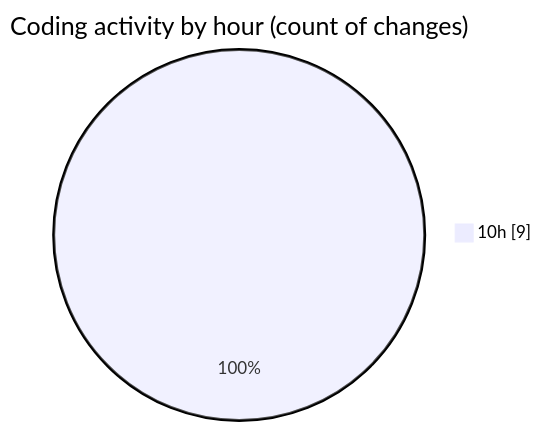
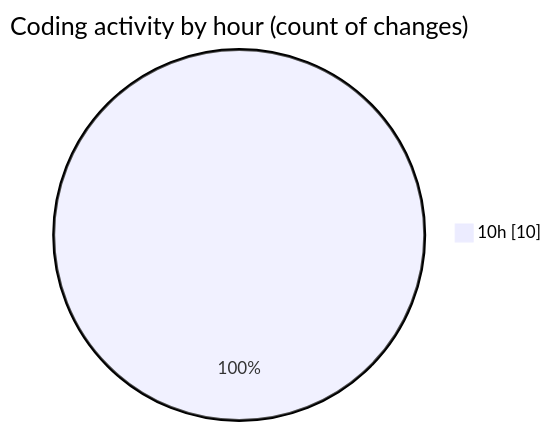
The second of 2 diagrams in 2025-11-04/web/README.md (LanceThiago/code-tracking), drawn with Mermaid before and after one commit. The commit also changed other lines of this file and 1 other file, not shown here.

````diff
--- a/2025-11-04/web/README.md
+++ b/2025-11-04/web/README.md
@@ -36,5 +36,5 @@
 ```mermaid
 pie showData
 title Coding activity by hour (count of changes)
-"10h" : 9
+"10h" : 10
 ```
````
